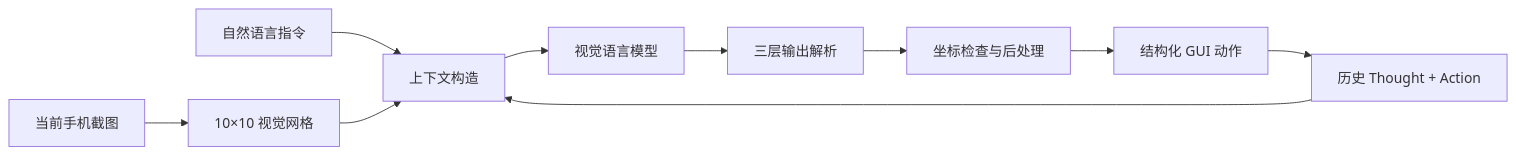
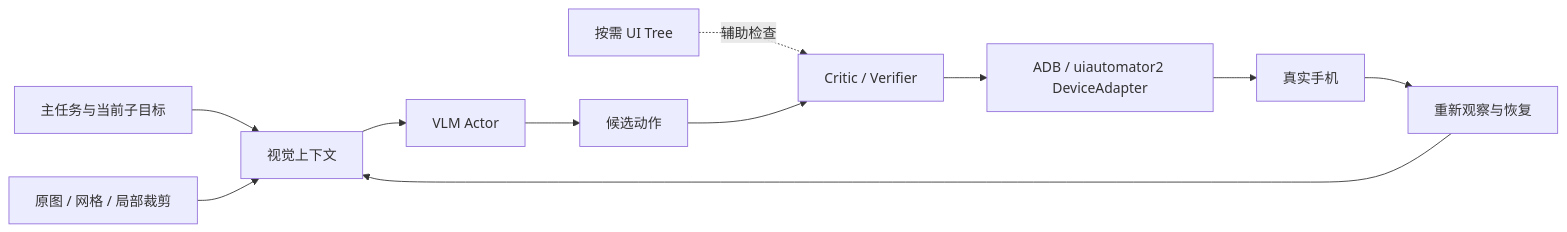
One commit to qizhanggu/mobilepilot-runtime changed the diagram in README.md. Above: the diagram before and after it, drawn with Mermaid. The commit also changed other lines of this file and 63 other files, not shown here.

````diff
--- a/README.md
+++ b/README.md
@@ -30,12 +30,13 @@
 ```mermaid
 flowchart LR
-    A["自然语言指令"] --> C["上下文构造"]
-    B["当前手机截图"] --> G["10×10 视觉网格"]
-    G --> C
-    H["历史 Thought + Action"] --> C
-    C --> V["视觉语言模型"]
-    V --> P["三层输出解析"]
-    P --> R["坐标检查与后处理"]
-    R --> O["结构化 GUI 动作"]
-    O --> H
+    A["主任务与当前子目标"] --> C["视觉上下文"]
+    B["原图 / 网格 / 局部裁剪"] --> C
+    C --> V["VLM Actor"]
+    V --> P["候选动作"]
+    T["按需 UI Tree"] -. "辅助检查" .-> K["Critic / Verifier"]
+    P --> K
+    K --> D["ADB / uiautomator2 DeviceAdapter"]
+    D --> O["真实手机"]
+    O --> R["重新观察与恢复"]
+    R --> C
 ```
````
